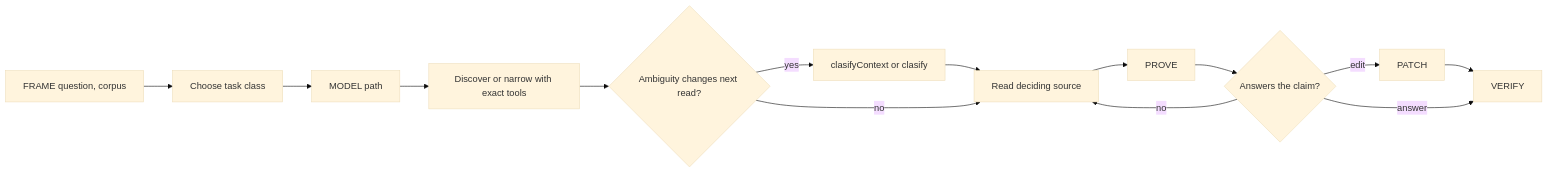
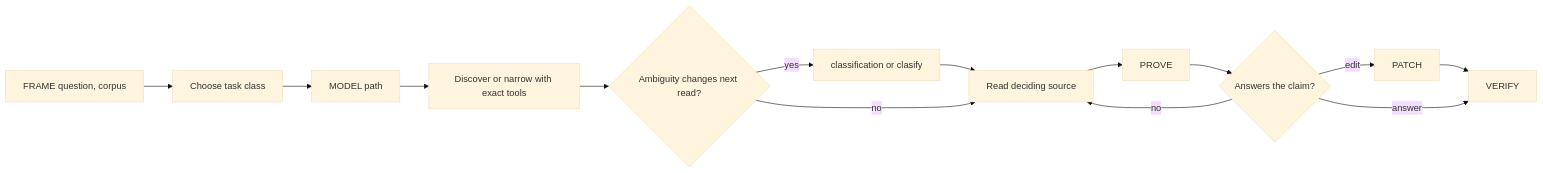
One commit to bgauryy/octocode changed the diagram in skills/octocode-research/SKILL.md. Above: the diagram before and after it, drawn with Mermaid (base theme). The commit also changed other lines of this file and 1999 other files, not shown here.

````diff
--- a/skills/octocode-research/SKILL.md
+++ b/skills/octocode-research/SKILL.md
@@ -10,12 +10,12 @@
 ```mermaid
 flowchart LR
   F[FRAME question, corpus] --> C[Choose task class] --> M[MODEL path]
   M --> A[Discover or narrow with exact tools]
   A --> S{Ambiguity changes next read?}
-  S -- yes --> Q[clasifyContext or clasify] --> R[Read deciding source]
+  S -- yes --> Q[classification or clasify] --> R[Read deciding source]
   S -- no --> R
   R --> P[PROVE] --> E{Answers the claim?}
   E -- no --> R
   E -- edit --> D[PATCH] --> V[VERIFY]
   E -- answer --> V
 ```
````
